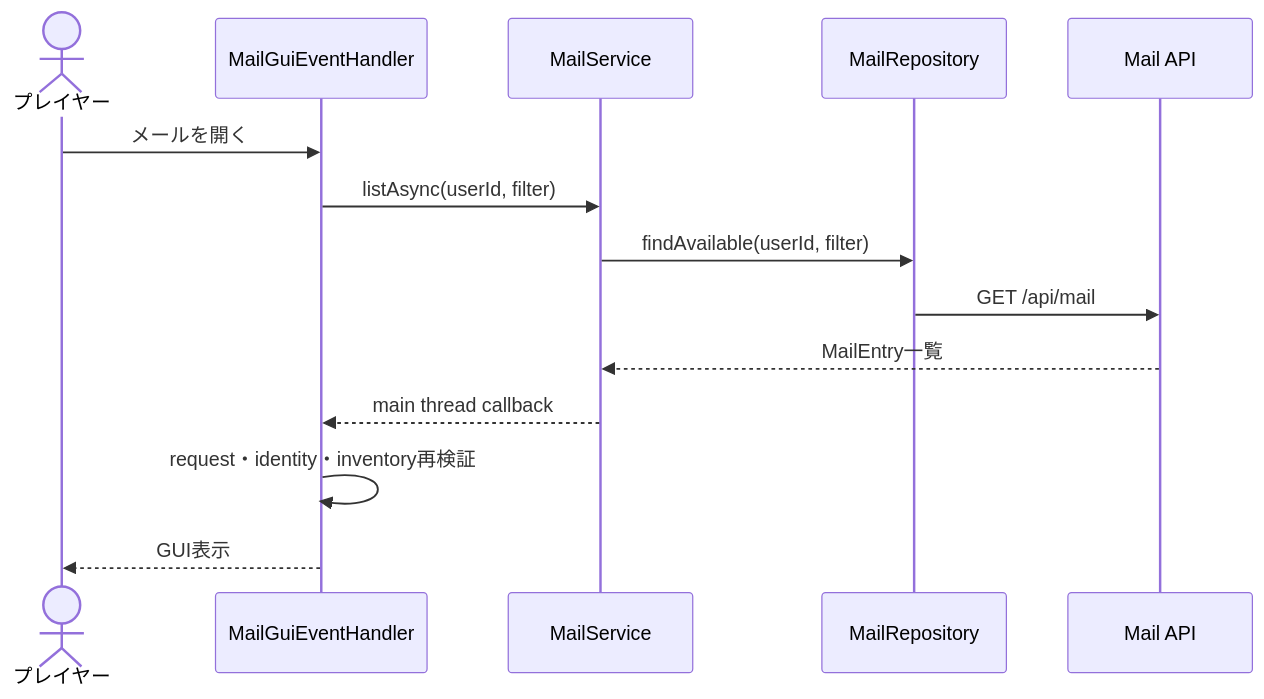
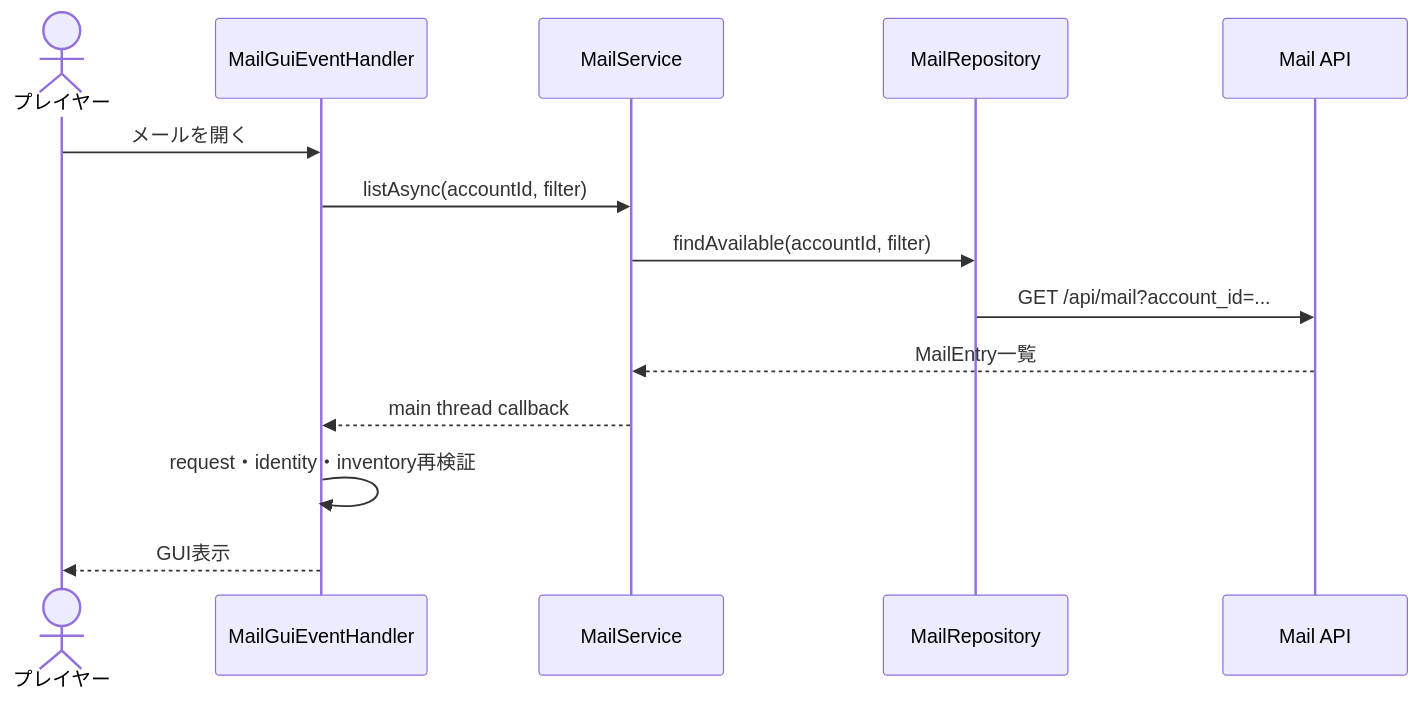
One commit to maaasu/AstralRecord-Workspace changed the first of 4 diagrams in 00_docs/10_Plugin設計書/feature/18-mail/18_4-統合フロー.md. Above: the diagram before and after it, drawn with Mermaid. The commit also changed other lines of this file and 92 other files, not shown here.

````diff
--- a/00_docs/10_Plugin設計書/feature/18-mail/18_4-統合フロー.md
+++ b/00_docs/10_Plugin設計書/feature/18-mail/18_4-統合フロー.md
@@ -7,16 +7,16 @@
 ```mermaid
 sequenceDiagram
     actor Player as プレイヤー
     participant Handler as MailGuiEventHandler
     participant Service as MailService
     participant Repo as MailRepository
     participant API as Mail API
     Player->>Handler: メールを開く
-    Handler->>Service: listAsync(userId, filter)
-    Service->>Repo: findAvailable(userId, filter)
-    Repo->>API: GET /api/mail
+    Handler->>Service: listAsync(accountId, filter)
+    Service->>Repo: findAvailable(accountId, filter)
+    Repo->>API: GET /api/mail?account_id=...
     API-->>Service: MailEntry一覧
     Service-->>Handler: main thread callback
     Handler->>Handler: request・identity・inventory再検証
     Handler-->>Player: GUI表示
 ```
````
